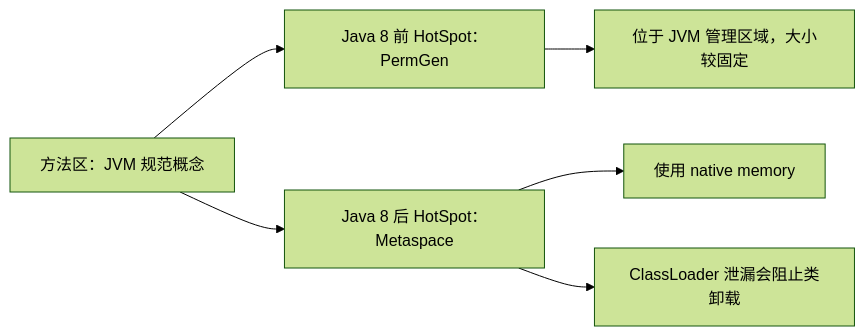
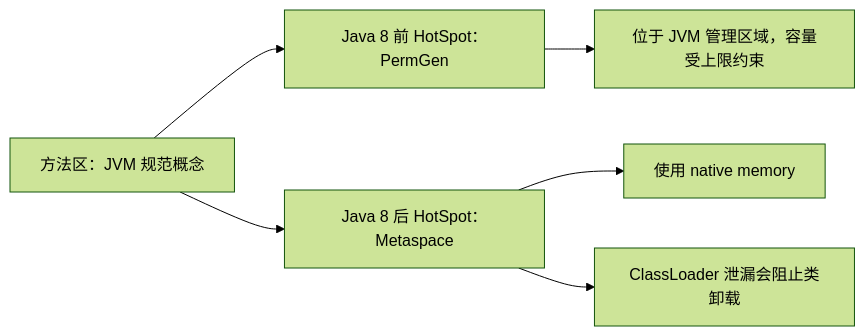
Before and after one commit to Fizgrad/fizgrad.github.io: diagram 12 of 38 in blog/jvm_notes.md, drawn with Mermaid (forest theme). The commit also changed other lines of this file and 8 other files, not shown here.

````diff
--- a/blog/jvm_notes.md
+++ b/blog/jvm_notes.md
@@ -777,8 +777,8 @@
 ```mermaid
 flowchart LR
     M["方法区：JVM 规范概念"] --> P["Java 8 前 HotSpot：PermGen"]
     M --> S["Java 8 后 HotSpot：Metaspace"]
-    P --> H["位于 JVM 管理区域，大小较固定"]
+    P --> H["位于 JVM 管理区域，容量受上限约束"]
     S --> N["使用 native memory"]
     S --> C["ClassLoader 泄漏会阻止类卸载"]
 ```
````
